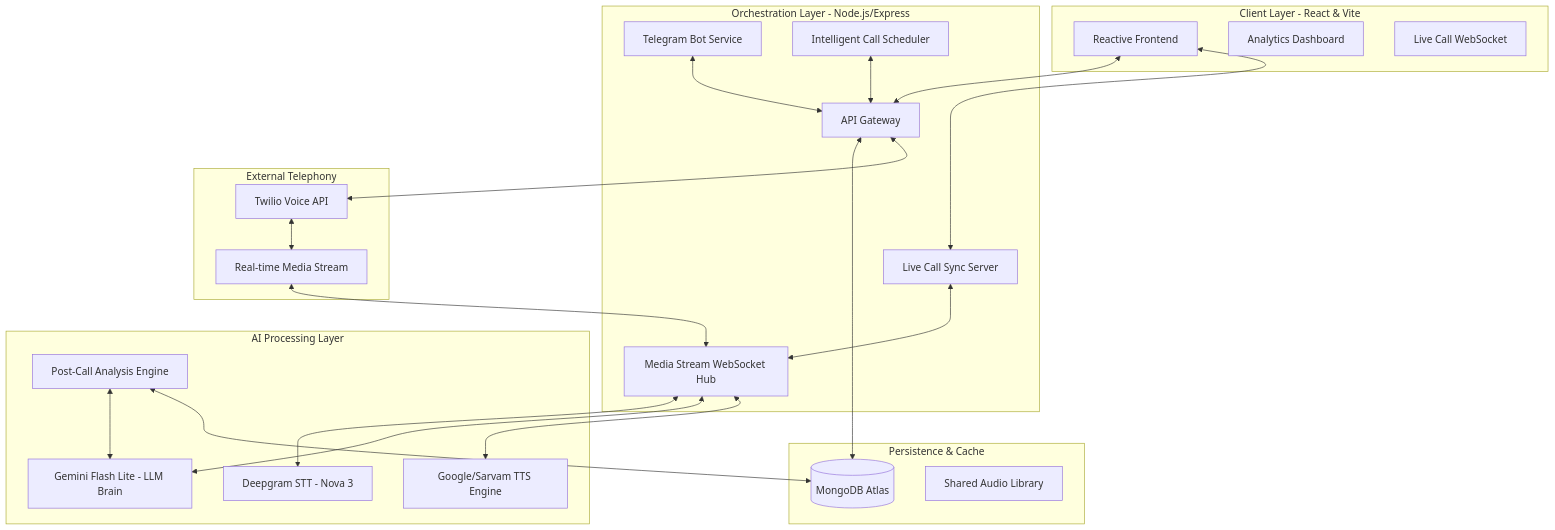
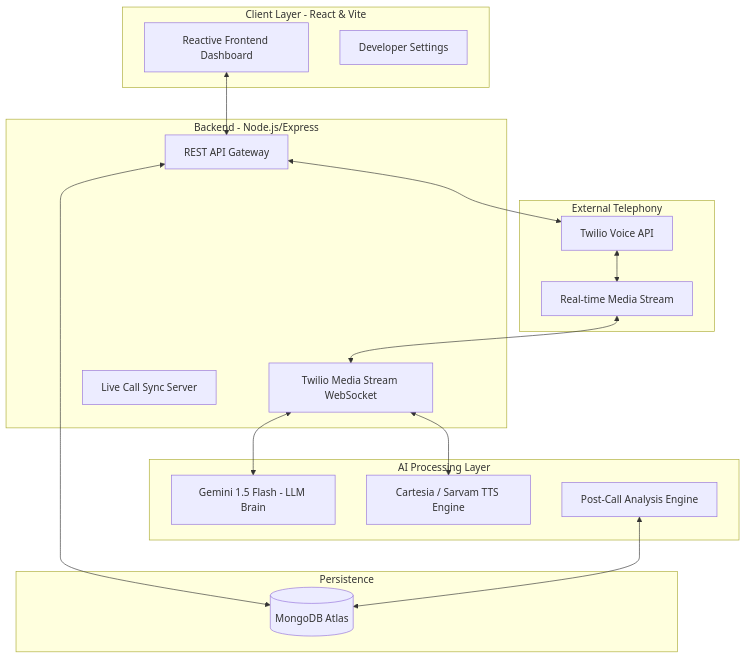
One commit to AbhigyanRaj/Voicely changed the diagram in README.md. Above: the diagram before and after it, drawn with Mermaid. The commit also changed other lines of this file and 11 other files, not shown here.

````diff
--- a/README.md
+++ b/README.md
@@ -13,53 +50,41 @@
 ```mermaid
 graph TD
     subgraph Client_Layer [Client Layer - React & Vite]
-        FE[Reactive Frontend]
-        DASH[Analytics Dashboard]
-        WS_FE[Live Call WebSocket]
+        FE[Reactive Frontend Dashboard]
+        API_KEYS[Developer Settings]
     end
 
-    subgraph Orchestration_Layer [Orchestration Layer - Node.js/Express]
-        API[API Gateway]
-        MEDIA_WS[Media Stream WebSocket Hub]
+    subgraph Orchestration_Layer [Backend - Node.js/Express]
+        API[REST API Gateway]
+        MEDIA_WS[Twilio Media Stream WebSocket]
         LIVE_WS[Live Call Sync Server]
-        BOT[Telegram Bot Service]
-        SCHED[Intelligent Call Scheduler]
     end
 
     subgraph AI_Brain_Layer [AI Processing Layer]
-        STT[Deepgram STT - Nova 3]
-        GEMINI[Gemini Flash Lite - LLM Brain]
-        TTS[Google/Sarvam TTS Engine]
+        GEMINI[Gemini 1.5 Flash - LLM Brain]
+        TTS[Cartesia / Sarvam TTS Engine]
         ANALYTICS[Post-Call Analysis Engine]
     end
 
-    subgraph Data_Layer [Persistence & Cache]
+    subgraph Data_Layer [Persistence]
         DB[(MongoDB Atlas)]
-        CACHE[Shared Audio Library]
     end
 
     subgraph Telephony_Layer [External Telephony]
         TW[Twilio Voice API]
         STREAM[Real-time Media Stream]
     end
 
     %% Flow Connections
     FE <--> API
-    FE <--> LIVE_WS
     API <--> DB
     API <--> TW
     
     TW <--> STREAM
     STREAM <--> MEDIA_WS
     
-    MEDIA_WS <--> STT
     MEDIA_WS <--> GEMINI
     MEDIA_WS <--> TTS
     
-    LIVE_WS <--> MEDIA_WS
-    ANALYTICS <--> GEMINI
     ANALYTICS <--> DB
-    
-    BOT <--> API
-    SCHED <--> API
 ```
````
